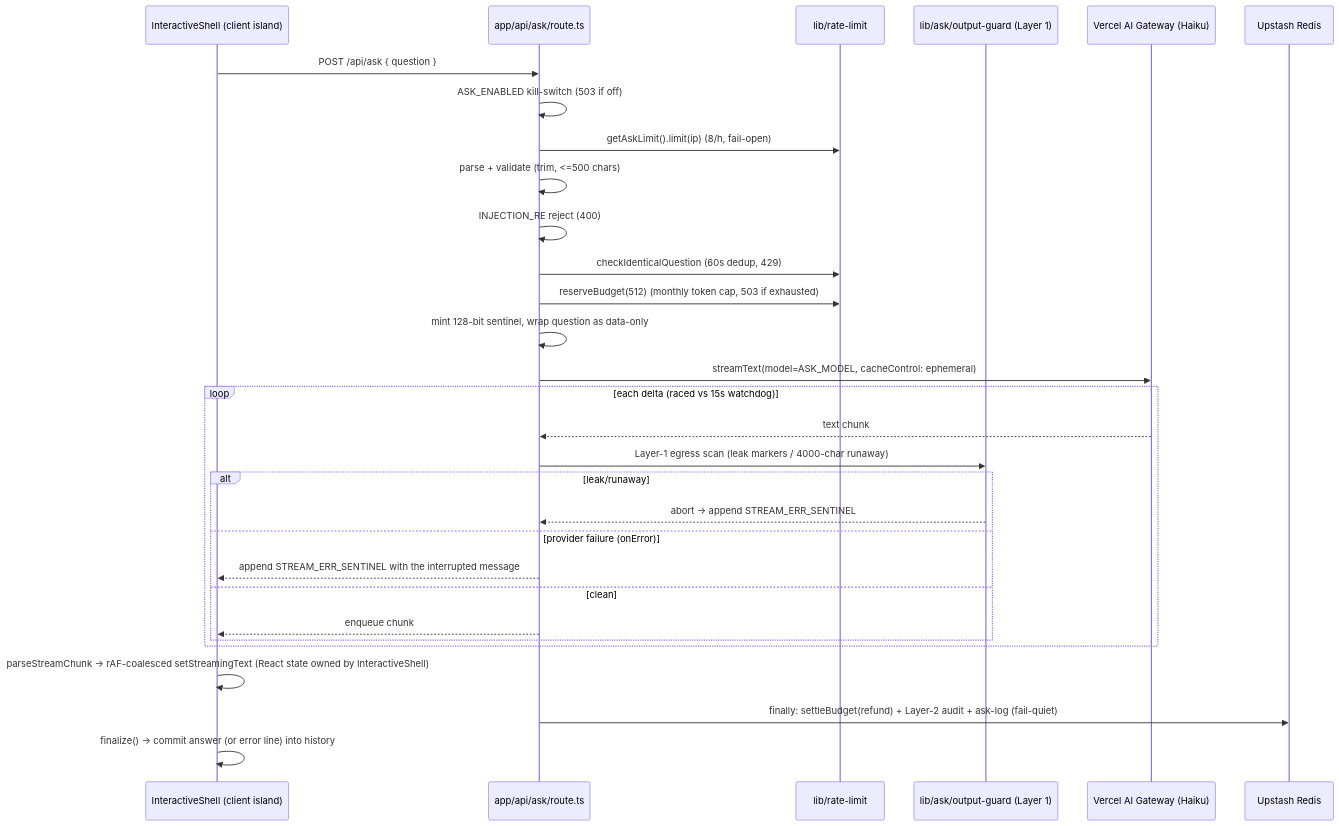
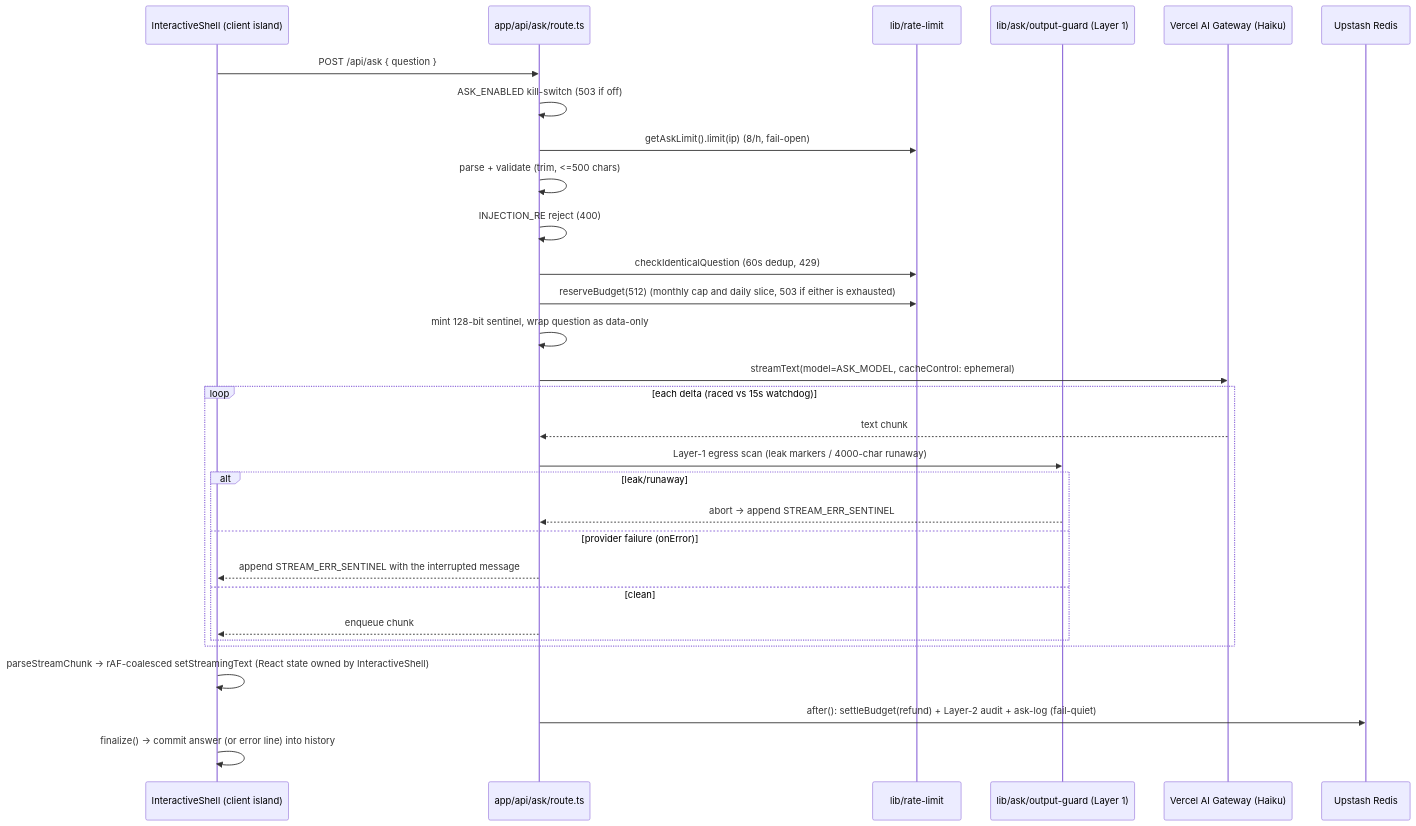
Before and after one commit to erikunha/portfolio: the fourth of 6 diagrams in docs/03-rendering-and-data-flow.md, drawn with Mermaid. The commit also changed other lines of this file and 33 other files, not shown here.

First line of the commit message:
fix(api): bound ask budget per day, drop refusal rows, cap log abuse, read bodies after the limiter

````diff
--- a/docs/03-rendering-and-data-flow.md
+++ b/docs/03-rendering-and-data-flow.md
@@ -127,33 +127,33 @@
 ```mermaid
 sequenceDiagram
     participant U as InteractiveShell (client island)
     participant R as app/api/ask/route.ts
     participant RL as lib/rate-limit
     participant G as lib/ask/output-guard (Layer 1)
     participant AI as Vercel AI Gateway (Haiku)
     participant KV as Upstash Redis
 
     U->>R: POST /api/ask { question }
     R->>R: ASK_ENABLED kill-switch (503 if off)
     R->>RL: getAskLimit().limit(ip)  (8/h, fail-open)
     R->>R: parse + validate (trim, <=500 chars)
     R->>R: INJECTION_RE reject (400)
     R->>RL: checkIdenticalQuestion (60s dedup, 429)
-    R->>RL: reserveBudget(512)  (monthly token cap, 503 if exhausted)
+    R->>RL: reserveBudget(512)  (monthly cap and daily slice, 503 if either is exhausted)
     R->>R: mint 128-bit sentinel, wrap question as data-only
     R->>AI: streamText(model=ASK_MODEL, cacheControl: ephemeral)
     loop each delta (raced vs 15s watchdog)
         AI-->>R: text chunk
         R->>G: Layer-1 egress scan (leak markers / 4000-char runaway)
         alt leak/runaway
             G-->>R: abort -> append STREAM_ERR_SENTINEL
         else provider failure (onError)
             R-->>U: append STREAM_ERR_SENTINEL with the interrupted message
         else clean
             R-->>U: enqueue chunk
         end
     end
     U->>U: parseStreamChunk -> rAF-coalesced setStreamingText (React state owned by InteractiveShell)
-    R->>KV: finally: settleBudget(refund) + Layer-2 audit + ask-log (fail-quiet)
+    R->>KV: after(): settleBudget(refund) + Layer-2 audit + ask-log (fail-quiet)
     U->>U: finalize() -> commit answer (or error line) into history
 ```
````
